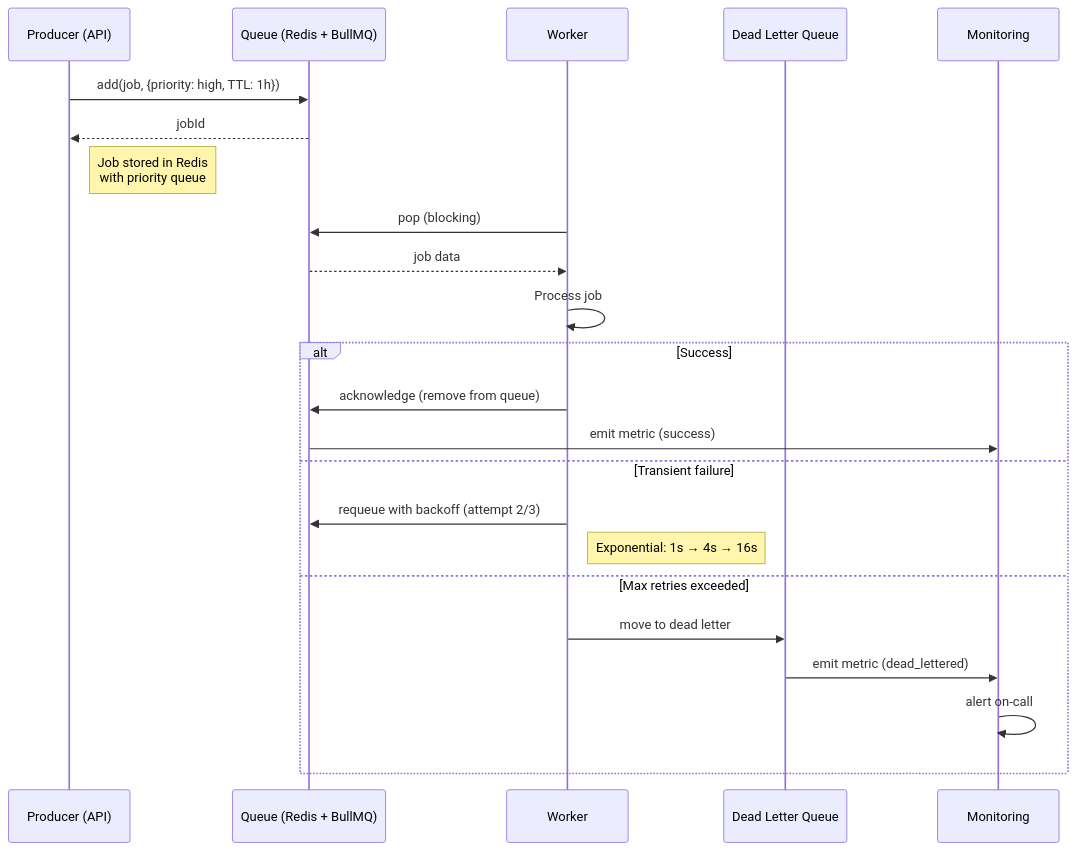
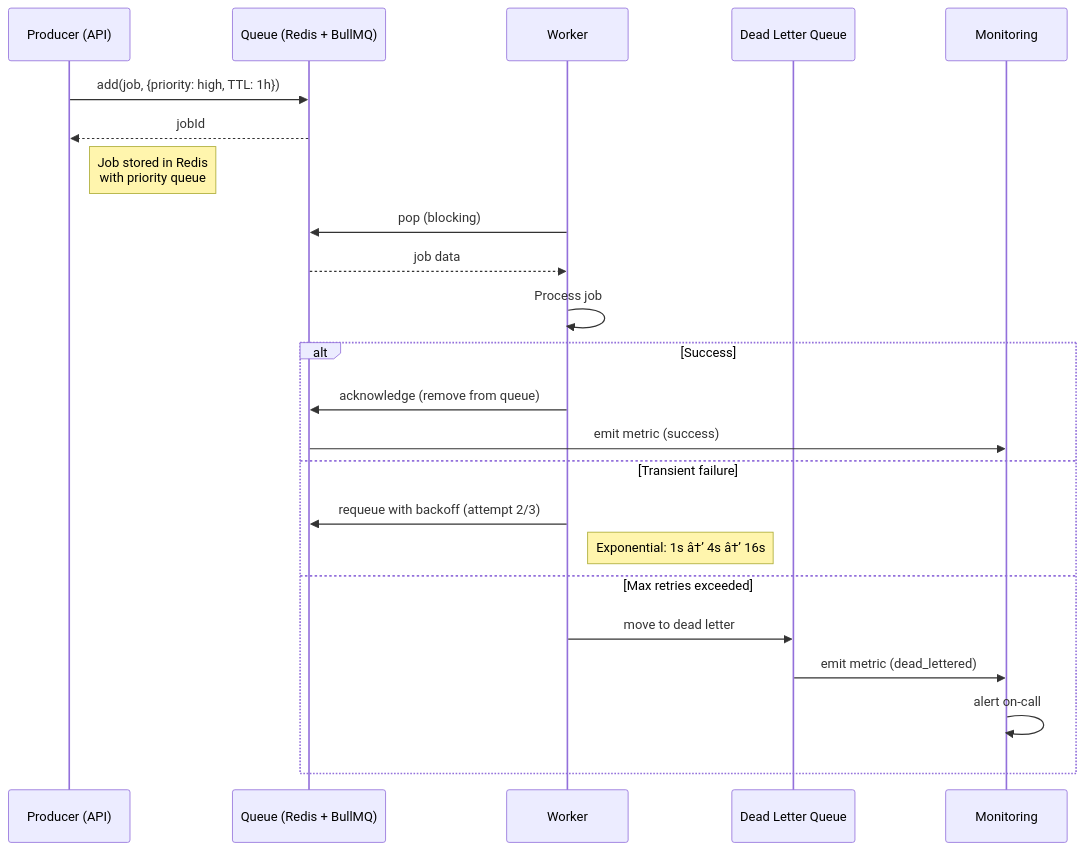
One commit to Driftloom/Vaeloom changed the second of 2 diagrams in Docs/Backend/Queue.md. Above: the diagram before and after it, drawn with Mermaid. The commit also changed other lines of this file and 249 other files, not shown here.

````diff
--- a/Docs/Backend/Queue.md
+++ b/Docs/Backend/Queue.md
@@ -186,27 +186,27 @@
 ```mermaid
 sequenceDiagram
     participant P as Producer (API)
     participant Q as Queue (Redis + BullMQ)
     participant W as Worker
     participant DLQ as Dead Letter Queue
     participant M as Monitoring
 
     P->>Q: add(job, {priority: high, TTL: 1h})
     Q-->>P: jobId
     Note right of P: Job stored in Redis<br/>with priority queue
 
     W->>Q: pop (blocking)
     Q-->>W: job data
     W->>W: Process job
     alt Success
         W->>Q: acknowledge (remove from queue)
         Q->>M: emit metric (success)
     else Transient failure
         W->>Q: requeue with backoff (attempt 2/3)
-        Note right of W: Exponential: 1s → 4s → 16s
+        Note right of W: Exponential: 1s â†’ 4s â†’ 16s
     else Max retries exceeded
         W->>DLQ: move to dead letter
         DLQ->>M: emit metric (dead_lettered)
         M->>M: alert on-call
     end
 ```
````
